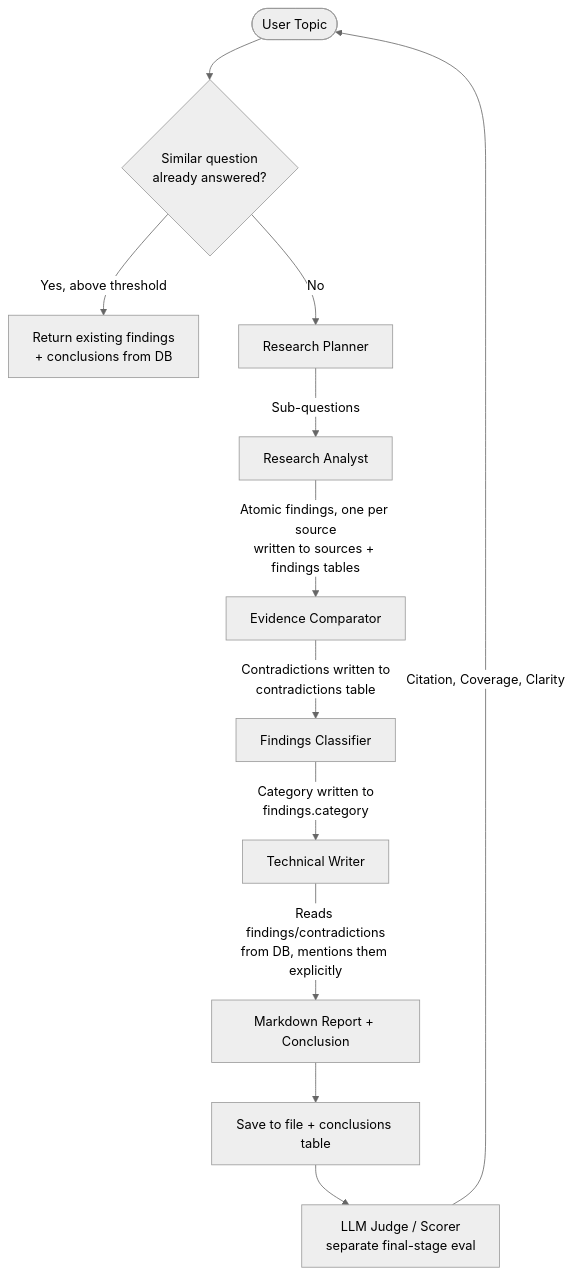
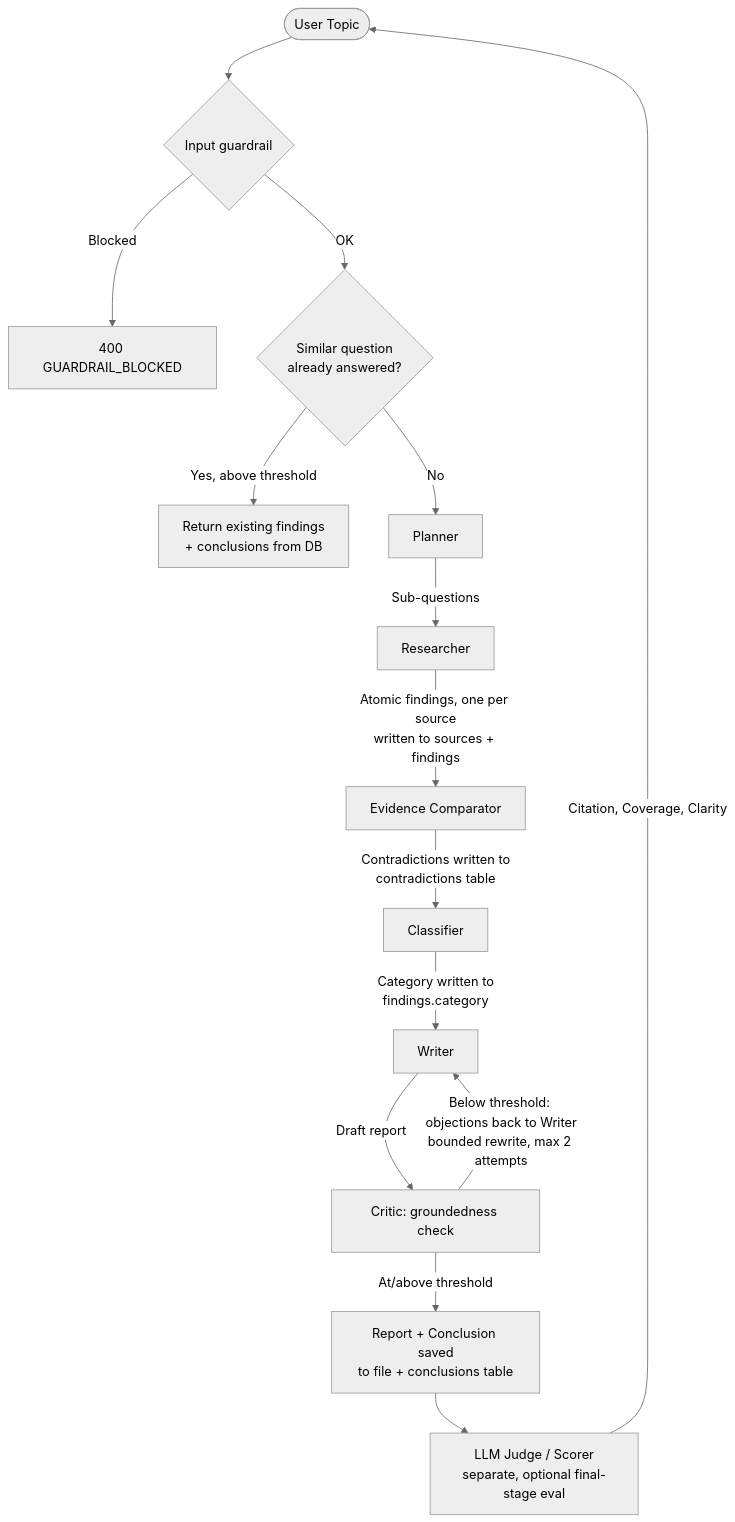
One commit to SpandanNagale/Crewai-Research-pipeline changed the diagram in README.md. Above: the diagram before and after it, drawn with Mermaid (neutral theme). The commit also changed other lines of this file, not shown here.

````diff
--- a/README.md
+++ b/README.md
@@ -16,14 +17,17 @@
 ```mermaid
 graph TD
-    User([User Topic]) --> Reuse{Similar question<br/>already answered?}
+    User([User Topic]) --> Guard{Input guardrail}
+    Guard -->|Blocked| Rejected[400 GUARDRAIL_BLOCKED]
+    Guard -->|OK| Reuse{Similar question<br/>already answered?}
     Reuse -->|Yes, above threshold| Existing[Return existing findings<br/>+ conclusions from DB]
-    Reuse -->|No| Planner[Research Planner]
-    Planner -->|Sub-questions| Researcher[Research Analyst]
-    Researcher -->|Atomic findings, one per source<br/>written to sources + findings tables| Comparator[Evidence Comparator]
-    Comparator -->|Contradictions written to<br/>contradictions table| Classifier[Findings Classifier]
-    Classifier -->|Category written to<br/>findings.category| Writer[Technical Writer]
-    Writer -->|Reads findings/contradictions<br/>from DB, mentions them explicitly| Report[Markdown Report + Conclusion]
-    Report --> Output[Save to file + conclusions table]
-    Output --> Scorer[LLM Judge / Scorer<br/>separate final-stage eval]
+    Reuse -->|No| Planner[Planner]
+    Planner -->|Sub-questions| Researcher[Researcher]
+    Researcher -->|Atomic findings, one per source<br/>written to sources + findings| Comparator[Evidence Comparator]
+    Comparator -->|Contradictions written to<br/>contradictions table| Classifier[Classifier]
+    Classifier -->|Category written to<br/>findings.category| Writer[Writer]
+    Writer -->|Draft report| Critic[Critic: groundedness check]
+    Critic -->|Below threshold: objections back to Writer<br/>bounded rewrite, max 2 attempts| Writer
+    Critic -->|At/above threshold| Report[Report + Conclusion saved<br/>to file + conclusions table]
+    Report --> Scorer[LLM Judge / Scorer<br/>separate, optional final-stage eval]
     Scorer -->|Citation, Coverage, Clarity| User
 ```
````
